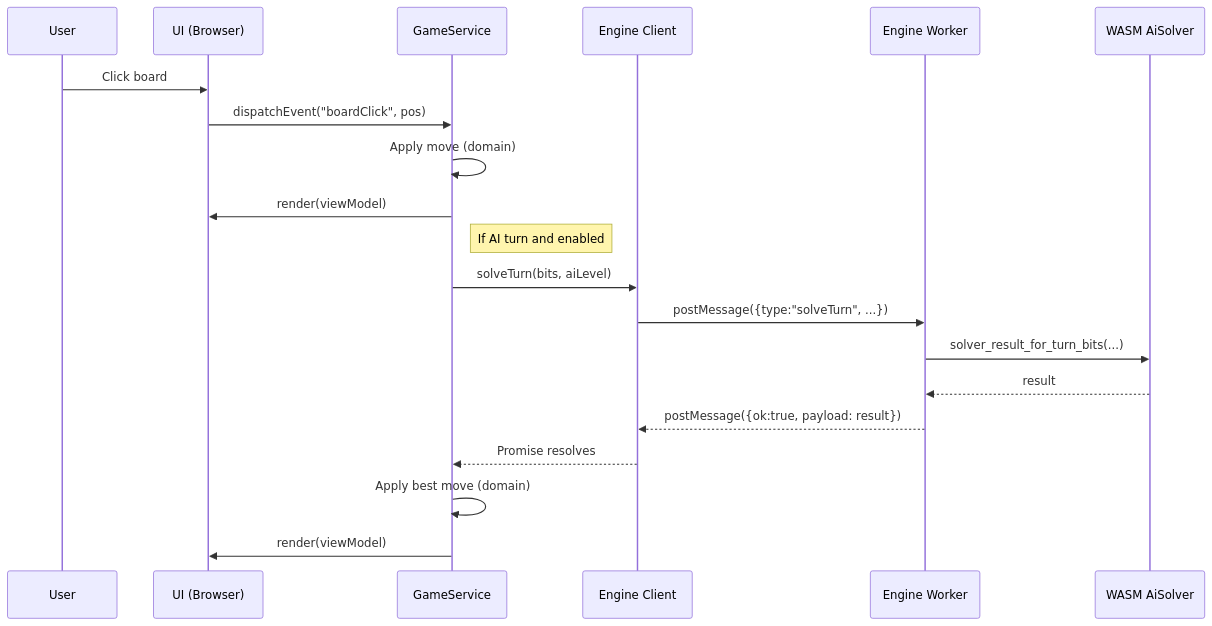
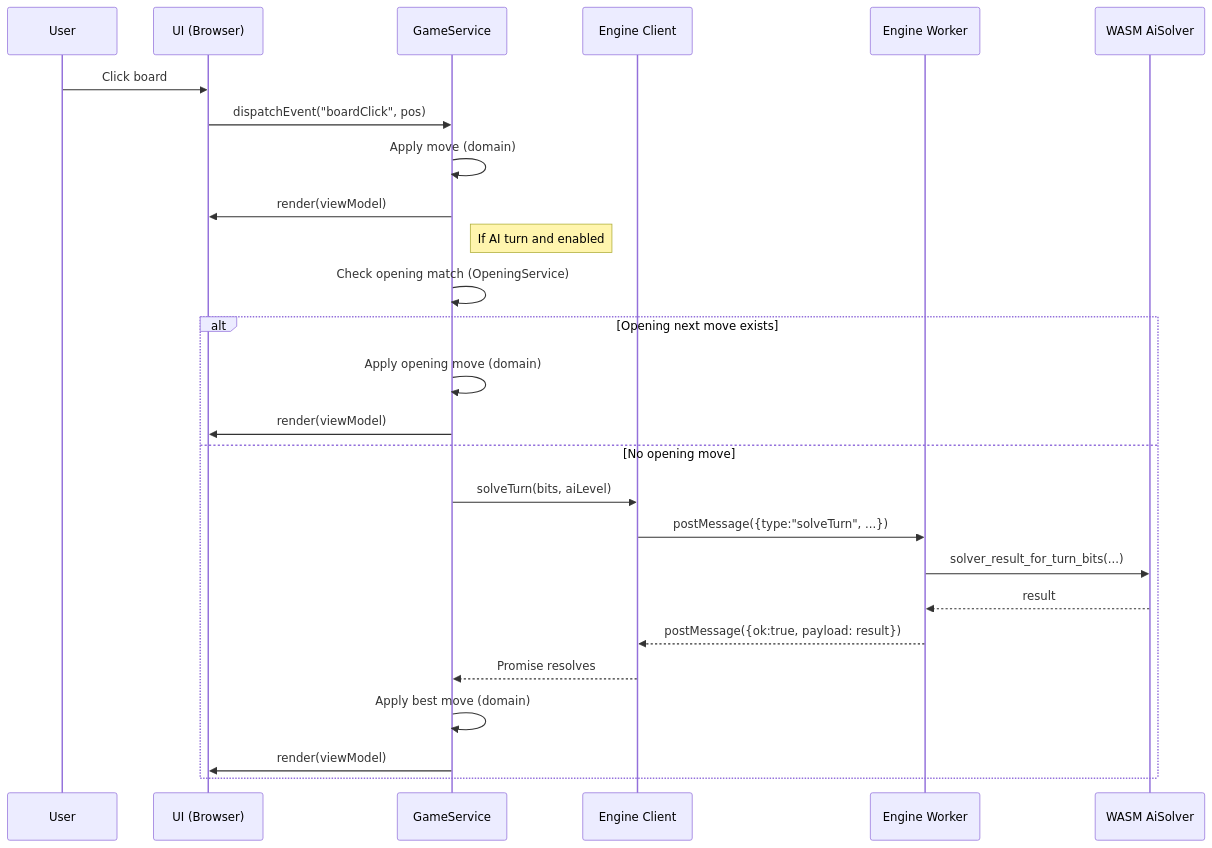
One commit to ikepggthb/deft-reversi changed the second of 2 diagrams in deft-reversi-web/docs/architecture.md. Above: the diagram before and after it, drawn with Mermaid. The commit also changed other lines of this file and 13 other files, not shown here.

````diff
--- a/deft-reversi-web/docs/architecture.md
+++ b/deft-reversi-web/docs/architecture.md
@@ -48,24 +48,30 @@
 ```mermaid
 sequenceDiagram
   participant User
   participant UI as UI (Browser)
   participant App as GameService
   participant Client as Engine Client
   participant Worker as Engine Worker
   participant Wasm as WASM AiSolver
 
   User->>UI: Click board
   UI->>App: dispatchEvent("boardClick", pos)
   App->>App: Apply move (domain)
   App->>UI: render(viewModel)
 
   Note right of App: If AI turn and enabled
-  App->>Client: solveTurn(bits, aiLevel)
-  Client->>Worker: postMessage({type:"solveTurn", ...})
-  Worker->>Wasm: solver_result_for_turn_bits(...)
-  Wasm-->>Worker: result
-  Worker-->>Client: postMessage({ok:true, payload: result})
-  Client-->>App: Promise resolves
-  App->>App: Apply best move (domain)
-  App->>UI: render(viewModel)
+  App->>App: Check opening match (OpeningService)
+  alt Opening next move exists
+    App->>App: Apply opening move (domain)
+    App->>UI: render(viewModel)
+  else No opening move
+    App->>Client: solveTurn(bits, aiLevel)
+    Client->>Worker: postMessage({type:"solveTurn", ...})
+    Worker->>Wasm: solver_result_for_turn_bits(...)
+    Wasm-->>Worker: result
+    Worker-->>Client: postMessage({ok:true, payload: result})
+    Client-->>App: Promise resolves
+    App->>App: Apply best move (domain)
+    App->>UI: render(viewModel)
+  end
 ```
````
